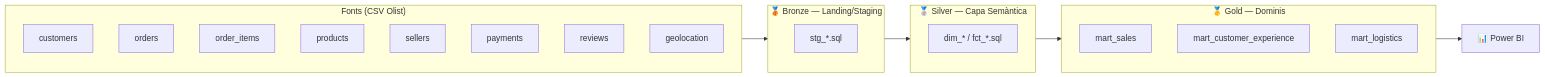
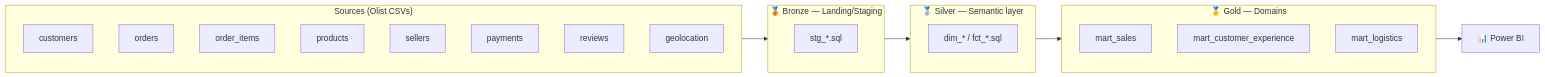
Before and after one commit to deexposito/medallion-ecommerce: the diagram in README.md, drawn with Mermaid. The commit also changed other lines of this file and 6 other files, not shown here.

````diff
--- a/README.md
+++ b/README.md
@@ -24,29 +24,29 @@
 ```mermaid
 flowchart LR
-    subgraph Fonts["Fonts (CSV Olist)"]
+    subgraph Sources["Sources (Olist CSVs)"]
         A1[customers]
         A2[orders]
         A3[order_items]
         A4[products]
         A5[sellers]
         A6[payments]
         A7[reviews]
         A8[geolocation]
     end
 
     subgraph Bronze["🥉 Bronze — Landing/Staging"]
         B[stg_*.sql]
     end
 
-    subgraph Silver["🥈 Silver — Capa Semàntica"]
+    subgraph Silver["🥈 Silver — Semantic layer"]
         S[dim_* / fct_*.sql]
     end
 
-    subgraph Gold["🥇 Gold — Dominis"]
+    subgraph Gold["🥇 Gold — Domains"]
         G1[mart_sales]
         G2[mart_customer_experience]
         G3[mart_logistics]
     end
 
-    Fonts --> Bronze --> Silver --> Gold --> PowerBI[📊 Power BI]
+    Sources --> Bronze --> Silver --> Gold --> PowerBI[📊 Power BI]
 ```
````
